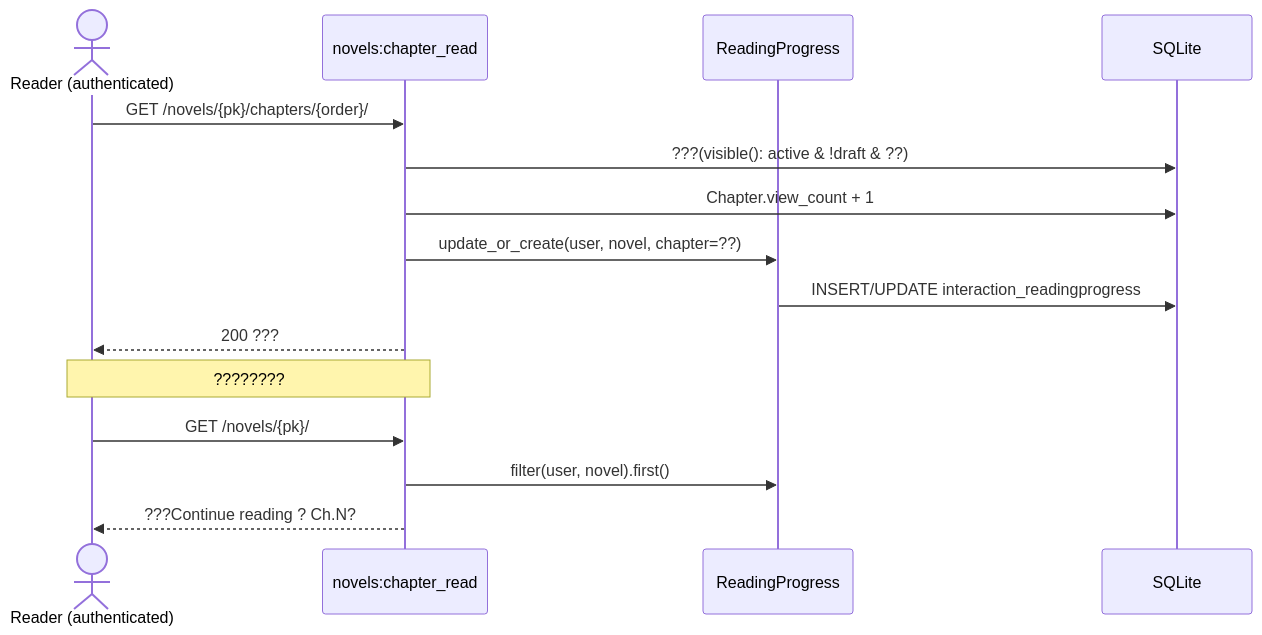
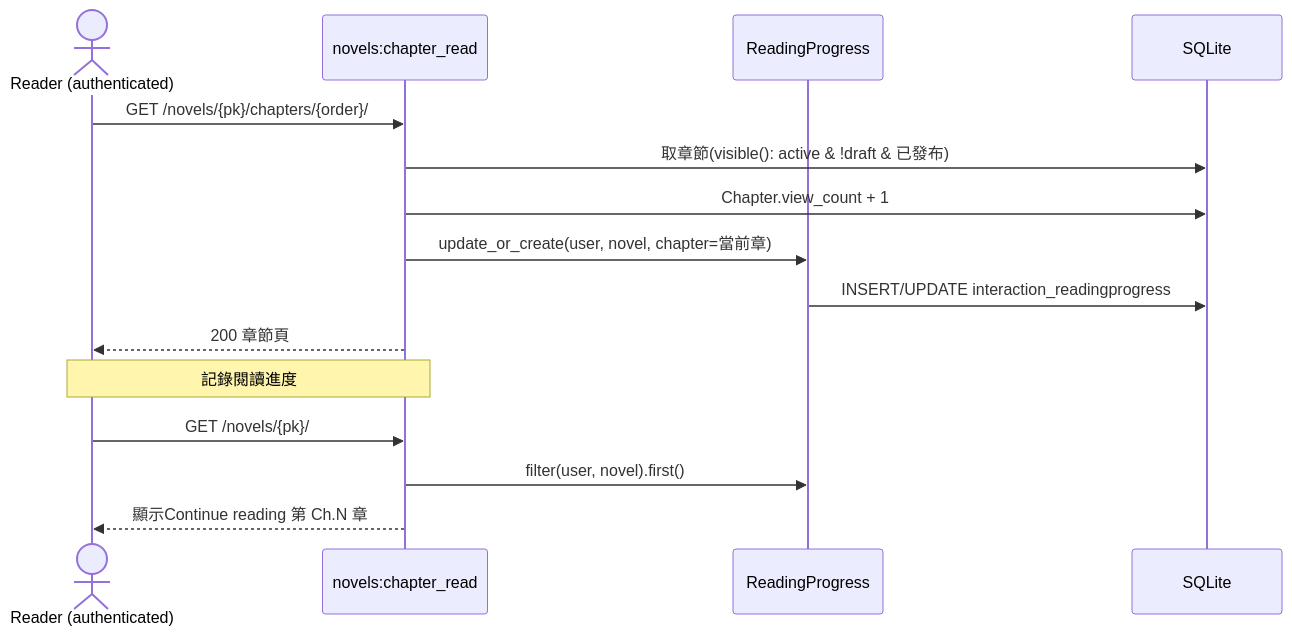
Before and after one commit to StrikeAtZeroHour/cs3383-web-novel-platform: the sixth of 10 diagrams in docs/diagrams/04-sequence.md, drawn with Mermaid. The commit also changed other lines of this file and 11 other files, not shown here.

First line of the commit message:
Fix diagram text corruption and align diagrams with code

````diff
--- a/docs/diagrams/04-sequence.md
+++ b/docs/diagrams/04-sequence.md
@@ -629,17 +629,17 @@
 ```mermaid
 sequenceDiagram
     actor R as Reader (authenticated)
     participant V as novels:chapter_read
     participant RP as ReadingProgress
     participant DB as SQLite
     R->>V: GET /novels/{pk}/chapters/{order}/
-    V->>DB: ???(visible(): active & !draft & ??)
+    V->>DB: 取章節(visible(): active & !draft & 已發布)
     V->>DB: Chapter.view_count + 1
-    V->>RP: update_or_create(user, novel, chapter=??)
+    V->>RP: update_or_create(user, novel, chapter=當前章)
     RP->>DB: INSERT/UPDATE interaction_readingprogress
-    V-->>R: 200 ???
-    Note over R,V: ????????
+    V-->>R: 200 章節頁
+    Note over R,V: 記錄閱讀進度
     R->>V: GET /novels/{pk}/
     V->>RP: filter(user, novel).first()
-    V-->>R: ???Continue reading ? Ch.N?
+    V-->>R: 顯示Continue reading 第 Ch.N 章
 ```
````
